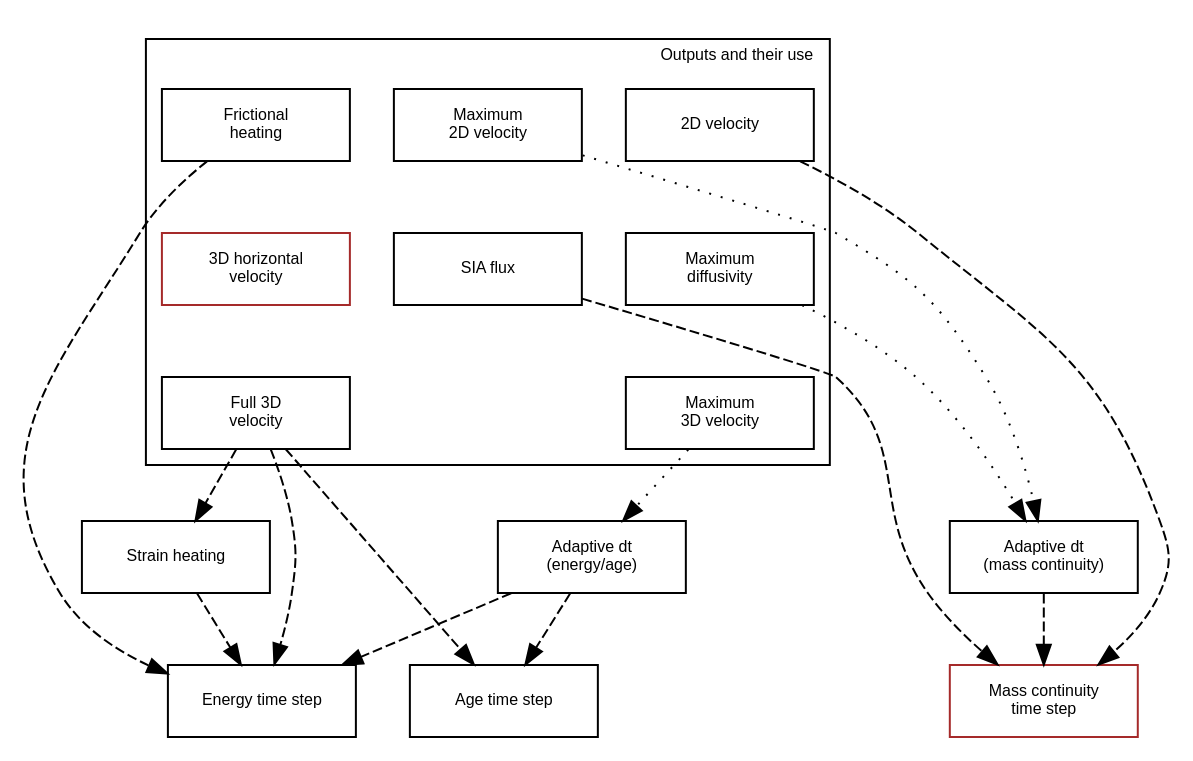
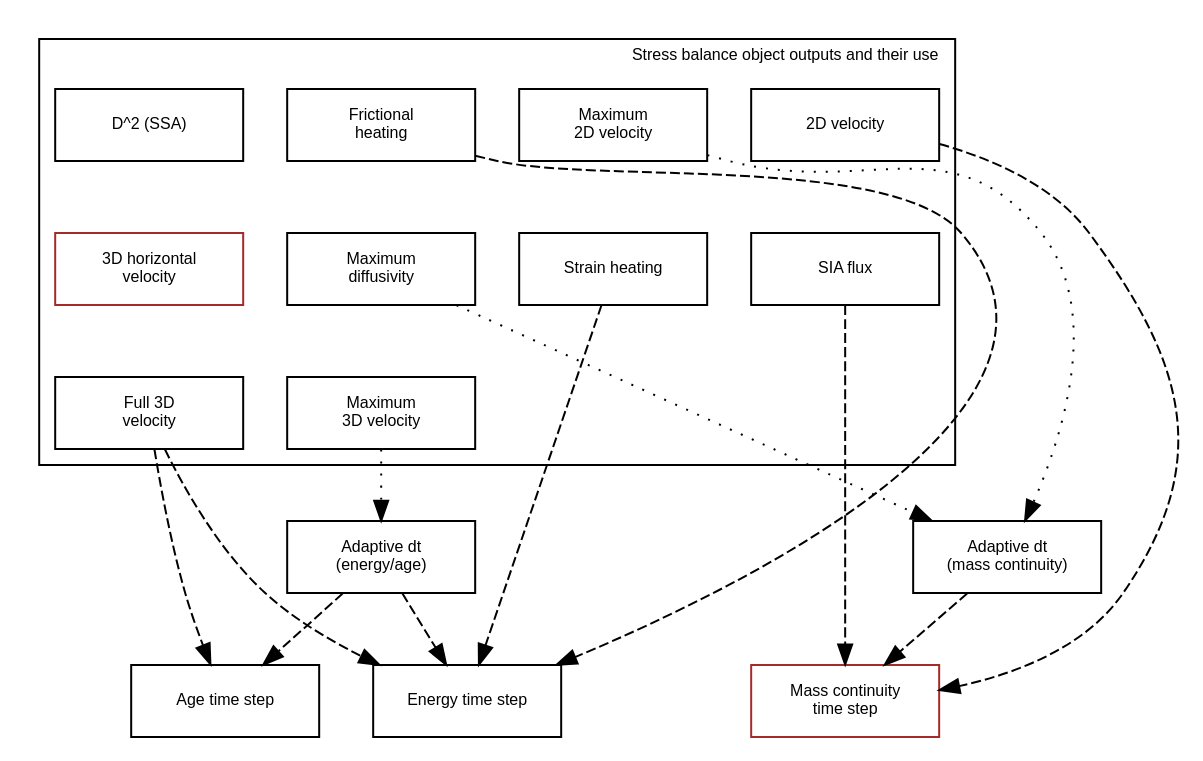
Before and after one commit to pism/pism: the diagram in src/base/stressbalance/figs/stressbalance-out.dot, drawn with Graphviz. The commit also changed 6 other files, not shown here.

Commit message:
Working on the stress balance code...

```diff
--- a/src/base/stressbalance/figs/stressbalance-out.dot
+++ b/src/base/stressbalance/figs/stressbalance-out.dot
@@ -1,51 +1,52 @@
 digraph out {
     node [fontname=Arial fontsize=8 shape=box width=1.3 fixedsize=true];
     edge [fontname=Arial fontsize=8];
     graph [fontname=Arial fontsize=8 ranksep=0.5 nodesep=0.3];
 
 subgraph cluster_out {
     // Global graph parameters
 
-    label="Outputs and their use"
+    label="Stress balance object outputs and their use"
     labeljust=r
 
     {rank=same
         vel_2d [label="2D velocity"];   
         frictional_heating [label="Frictional\nheating"];
         max_uv [label="Maximum\n2D velocity"];
+        D2_ssa [label="D^2 (SSA)"];
     }
     {rank=same
         sia_flux [label="SIA flux"];
         D_max [label="Maximum\ndiffusivity"];
         vel_3d [label="3D horizontal\nvelocity" color="brown"];
+        Sigma [label="Strain heating"];
     }
     vel_2d -> vel_3d [label="" style=invis weight=10];
     frictional_heating -> sia_flux [style=invis weight=10];
     {rank=same
         vel_3d_full [label="Full 3D\nvelocity"];
         max_uvw [label="Maximum\n3D velocity"];
     }
     vel_3d -> vel_3d_full [label="" style=invis weight=10];
     D_max -> max_uvw [label="" style=invis weight=10];
 }
 
 {rank=same
     adapt_dt_mass [label="Adaptive dt\n(mass continuity)"];
     adapt_dt_energy [label="Adaptive dt\n(energy/age)"];
-    sigma [label="Strain heating"];
 }
 
 {rank=same
     mass [label="Mass continuity\ntime step" color="brown"];
     energy [label="Energy time step"];
     age [label="Age time step"];
 }
 
-vel_3d_full -> sigma [style=dashed];
-{D_max max_uv} -> adapt_dt_mass [label="" style=dotted weight=0];
-{max_uvw} -> adapt_dt_energy [label="" style=dotted weight=0];
-{vel_2d adapt_dt_mass sia_flux} -> mass [style=dashed];
-{sigma vel_3d_full adapt_dt_energy frictional_heating} -> energy [style=dashed];
+{D_max max_uv} -> adapt_dt_mass [style=dotted weight=0];
+{max_uvw} -> adapt_dt_energy [label="" style=dotted weight=10];
+{vel_2d adapt_dt_mass} -> mass [style=dashed];
+sia_flux -> mass [style=dashed weight=10];
+{Sigma vel_3d_full adapt_dt_energy frictional_heating} -> energy [style=dashed];
 {vel_3d_full adapt_dt_energy} -> age [style=dashed];
 
 }
```
